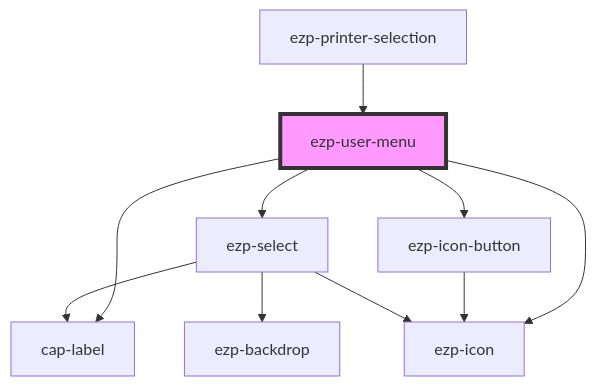
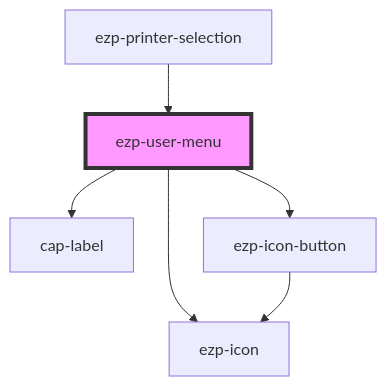
One commit to ezeep/ezeep-js changed the diagram in src/components/ezp-user-menu/readme.md. Above: the diagram before and after it, drawn with Mermaid. The commit also changed other lines of this file and 12 other files, not shown here.

````diff
--- a/src/components/ezp-user-menu/readme.md
+++ b/src/components/ezp-user-menu/readme.md
@@ -36,13 +33,9 @@
 ```mermaid
 graph TD;
   ezp-user-menu --> cap-label
   ezp-user-menu --> ezp-icon-button
-  ezp-user-menu --> ezp-select
   ezp-user-menu --> ezp-icon
   ezp-icon-button --> ezp-icon
-  ezp-select --> ezp-backdrop
-  ezp-select --> ezp-icon
-  ezp-select --> cap-label
   ezp-printer-selection --> ezp-user-menu
   style ezp-user-menu fill:#f9f,stroke:#333,stroke-width:4px
 ```
````
